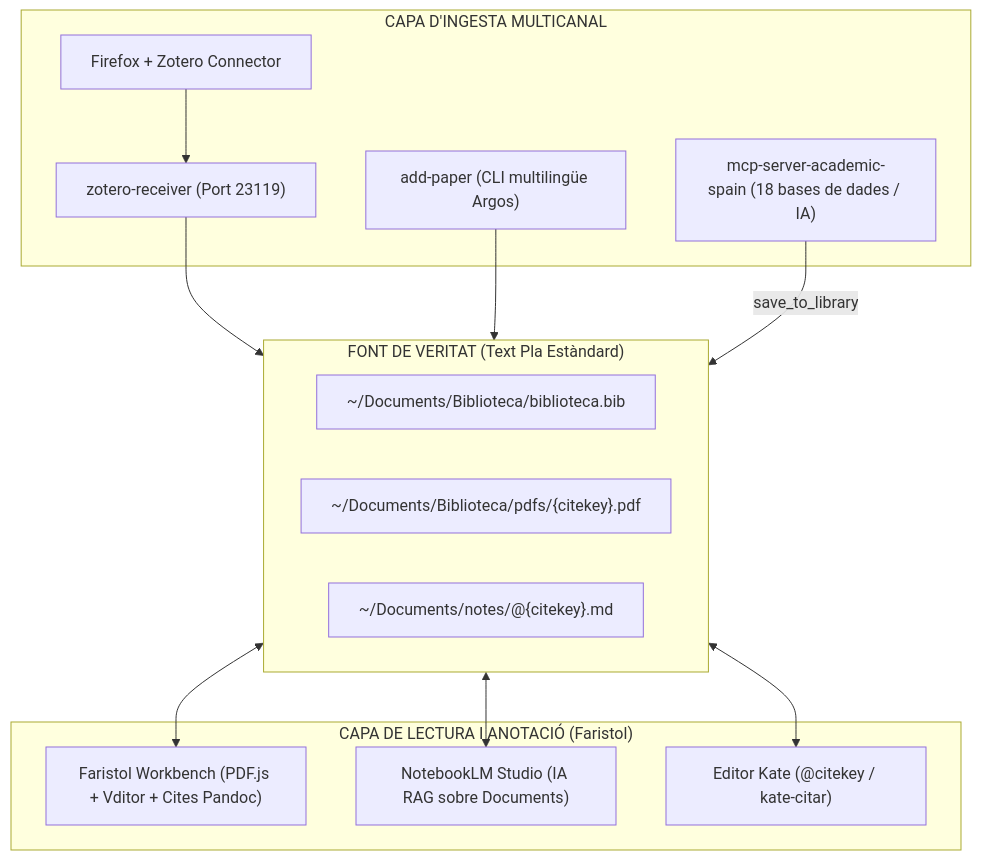
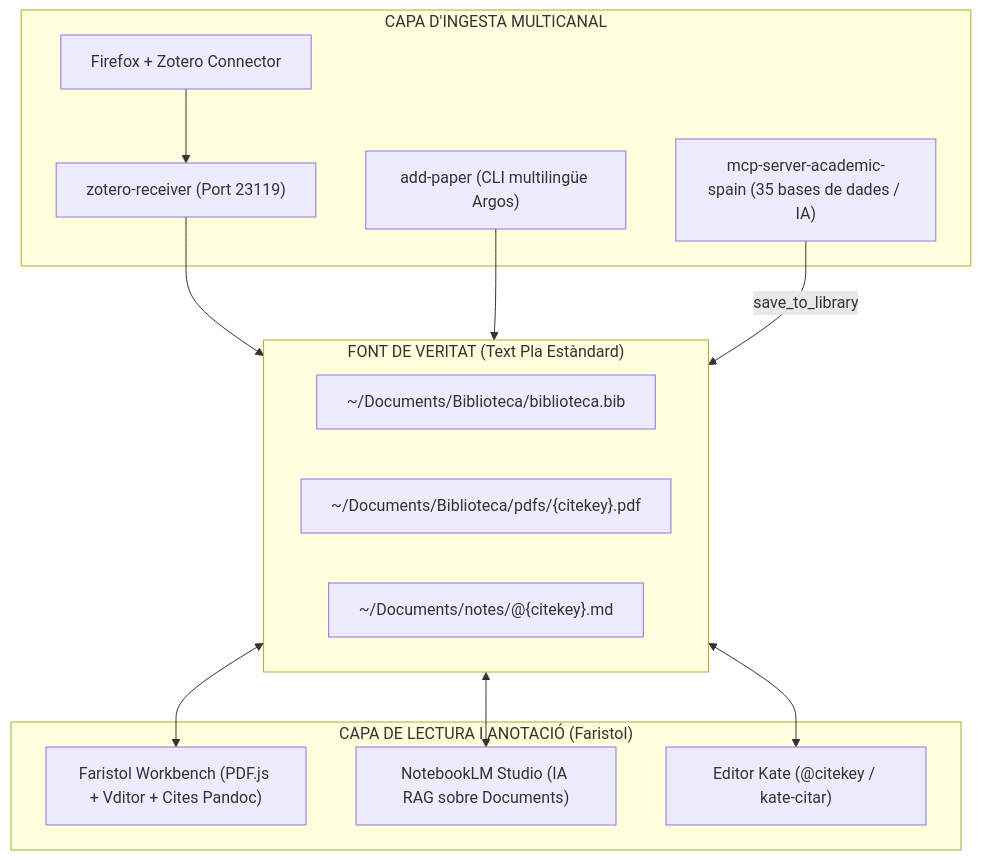
One commit to CasimirVictoria/zoterless changed the second of 2 diagrams in README.md. Above: the diagram before and after it, drawn with Mermaid. The commit also changed other lines of this file, not shown here.

````diff
--- a/README.md
+++ b/README.md
@@ -234,28 +234,28 @@
 ```mermaid
 flowchart TD
     subgraph Ingesta ["CAPA D'INGESTA MULTICANAL"]
         Firefox["Firefox + Zotero Connector"] --> Receiver["zotero-receiver (Port 23119)"]
         CLI["add-paper (CLI multilingüe Argos)"]
-        MCP["mcp-server-academic-spain (18 bases de dades / IA)"]
+        MCP["mcp-server-academic-spain (35 bases de dades / IA)"]
     end
 
     subgraph Truth ["FONT DE VERITAT (Text Pla Estàndard)"]
         Bib["~/Documents/Biblioteca/biblioteca.bib"]
         PDFs["~/Documents/Biblioteca/pdfs/{citekey}.pdf"]
         Notes["~/Documents/notes/@{citekey}.md"]
     end
 
     subgraph PKM ["CAPA DE LECTURA I ANOTACIÓ (Faristol)"]
         FaristolWeb["Faristol Workbench (PDF.js + Vditor + Cites Pandoc)"]
         NotebookLM["NotebookLM Studio (IA RAG sobre Documents)"]
         Kate["Editor Kate (@citekey / kate-citar)"]
     end
 
     Receiver --> Truth
     CLI --> Truth
     MCP -->|save_to_library| Truth
 
     Truth <--> FaristolWeb
     Truth <--> NotebookLM
     Truth <--> Kate
 ```
````
